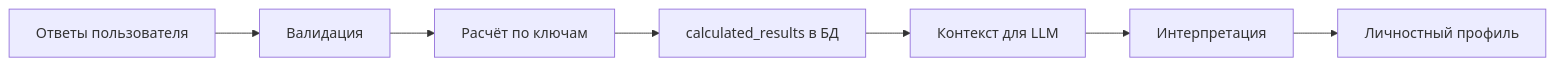
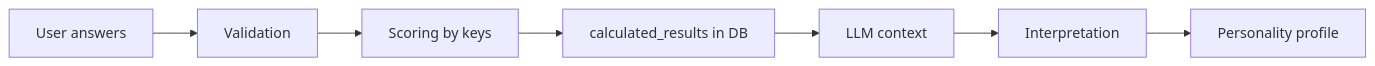
Before and after one commit to nikalezah/procrush: the first of 2 diagrams in README.md, drawn with Mermaid. The commit also changed other lines of this file and 40 other files, not shown here.

````diff
--- a/README.md
+++ b/README.md
@@ -27,9 +27,9 @@
 ```mermaid
 flowchart LR
-    A[Ответы пользователя] --> B[Валидация]
-    B --> C[Расчёт по ключам]
-    C --> D[calculated_results в БД]
-    D --> E[Контекст для LLM]
-    E --> F[Интерпретация]
-    F --> G[Личностный профиль]
+    A[User answers] --> B[Validation]
+    B --> C[Scoring by keys]
+    C --> D[calculated_results in DB]
+    D --> E[LLM context]
+    E --> F[Interpretation]
+    F --> G[Personality profile]
 ```
````
